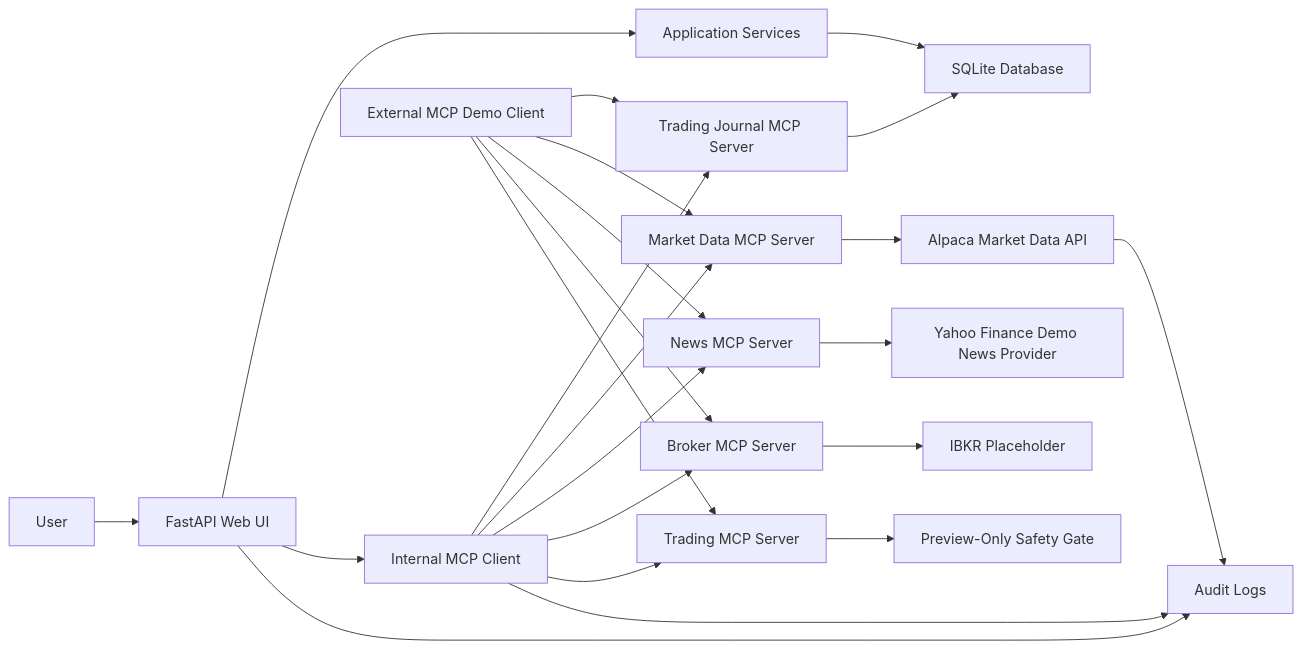
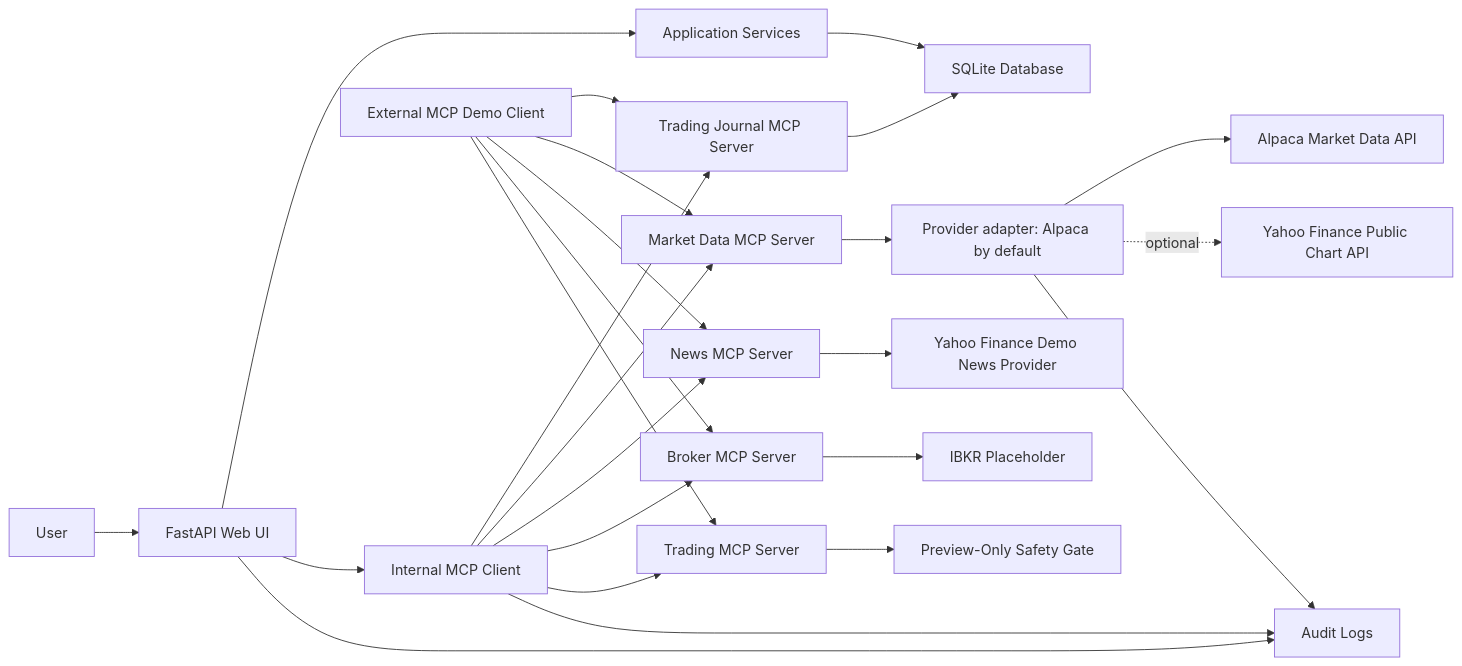
One commit to thejavascriptways/IFSC-78603-Graduate-Project-trading_journal-mcp changed the diagram in README.md. Above: the diagram before and after it, drawn with Mermaid. The commit also changed other lines of this file and 40 other files, not shown here.

Commit message:
Restore Alpaca market data and update MCP documentation

````diff
--- a/README.md
+++ b/README.md
@@ -44,28 +44,30 @@
 ```mermaid
 flowchart LR
     U["User"] --> UI["FastAPI Web UI"]
     UI --> SVC["Application Services"]
     SVC --> DB["SQLite Database"]
     UI --> HOST["Internal MCP Client"]
     UI --> AUDIT["Audit Logs"]
 
     HOST --> PMCP["Trading Journal MCP Server"]
     HOST --> MMCP["Market Data MCP Server"]
     HOST --> NMCP["News MCP Server"]
     HOST --> BMCP["Broker MCP Server"]
     HOST --> TMCP["Trading MCP Server"]
 
     PMCP --> DB
-    MMCP --> ALPACA["Alpaca Market Data API"]
+    MMCP --> MARKET["Provider adapter: Alpaca by default"]
+    MARKET --> ALPACA["Alpaca Market Data API"]
+    MARKET -. optional .-> YCHART["Yahoo Finance Public Chart API"]
     NMCP --> YAHOO["Yahoo Finance Demo News Provider"]
     BMCP --> IBKR["IBKR Placeholder"]
     TMCP --> SAFE["Preview-Only Safety Gate"]
     HOST --> AUDIT
-    ALPACA --> AUDIT
+    MARKET --> AUDIT
 
     CLI["External MCP Demo Client"] --> PMCP
     CLI --> MMCP
     CLI --> NMCP
     CLI --> BMCP
     CLI --> TMCP
 ```
````
